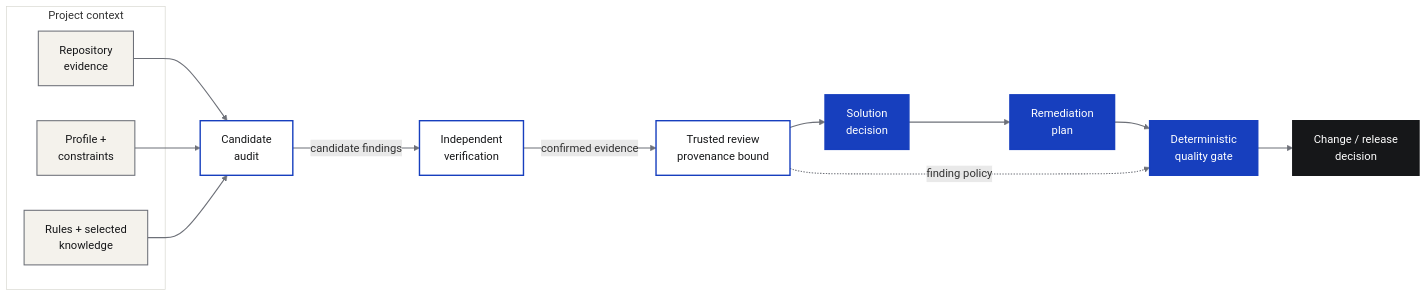
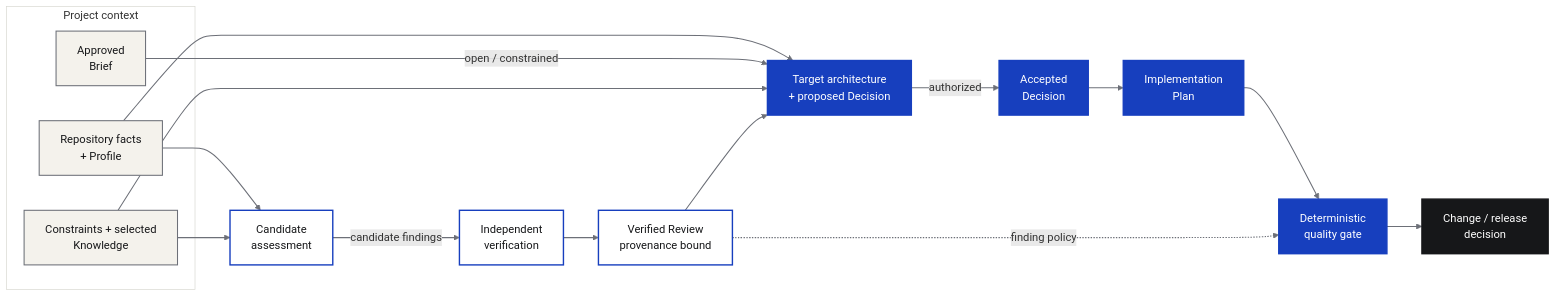
The diagram in diagrams/en/hengmu-governance-loop.mmd (liyanqing90/codex-architecture-governance), drawn with Mermaid before and after one commit. The commit also changed 79 other files, not shown here.

Commit message:
feat: add constrained target architecture governance

```diff
--- a/diagrams/en/hengmu-governance-loop.mmd
+++ b/diagrams/en/hengmu-governance-loop.mmd
@@ -1,30 +1,34 @@
 flowchart LR
     subgraph context["Project context"]
-        repo["Repository<br/>evidence"]
-        profile["Profile +<br/>constraints"]
-        knowledge["Rules + selected<br/>knowledge"]
+        facts["Repository facts<br/>+ Profile"]
+        brief["Approved<br/>Brief"]
+        knowledge["Constraints + selected<br/>Knowledge"]
     end
 
-    repo --> audit["Candidate<br/>audit"]
-    profile --> audit
+    facts --> audit["Candidate<br/>assessment"]
     knowledge --> audit
     audit -->|"candidate findings"| verify["Independent<br/>verification"]
-    verify -->|"confirmed evidence"| review["Trusted review<br/>provenance bound"]
-    review --> decision["Solution<br/>decision"]
-    decision --> plan["Remediation<br/>plan"]
+    verify --> review["Verified Review<br/>provenance bound"]
+
+    facts --> target["Target architecture<br/>+ proposed Decision"]
+    brief -->|"open / constrained"| target
+    knowledge --> target
+    review --> target
+    target -->|"authorized"| accepted["Accepted<br/>Decision"]
+    accepted --> plan["Implementation<br/>Plan"]
     plan --> gate["Deterministic<br/>quality gate"]
     review -.->|"finding policy"| gate
     gate --> outcome["Change / release<br/>decision"]
 
     classDef contextNode fill:#F4F2EC,stroke:#6D7078,color:#161719,stroke-width:1.5px;
     classDef reviewNode fill:#FFFFFF,stroke:#173FBE,color:#161719,stroke-width:2px;
     classDef actionNode fill:#173FBE,stroke:#173FBE,color:#FFFFFF,stroke-width:2px;
     classDef outcomeNode fill:#161719,stroke:#161719,color:#FFFFFF,stroke-width:2px;
 
-    class repo,profile,knowledge contextNode;
+    class facts,brief,knowledge contextNode;
     class audit,verify,review reviewNode;
-    class decision,plan,gate actionNode;
+    class target,accepted,plan,gate actionNode;
     class outcome outcomeNode;
 
     style context fill:#FFFFFF,stroke:#D9D9D2,stroke-width:1px
     linkStyle default stroke:#6D7078,stroke-width:1.5px
```
